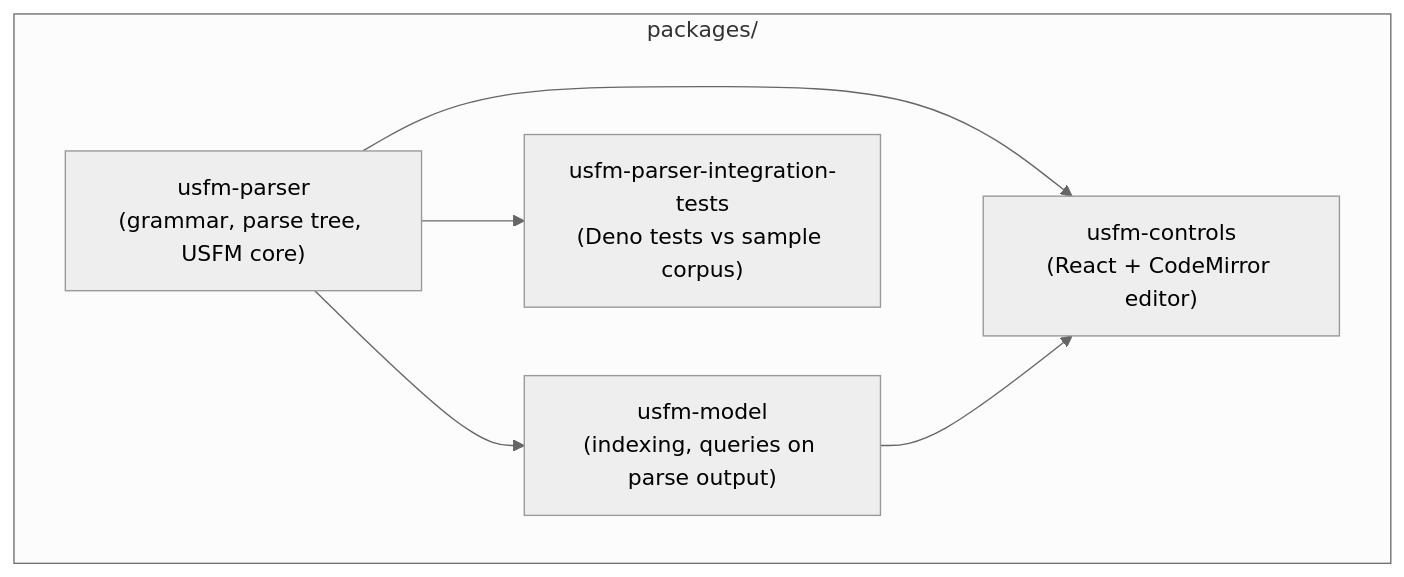
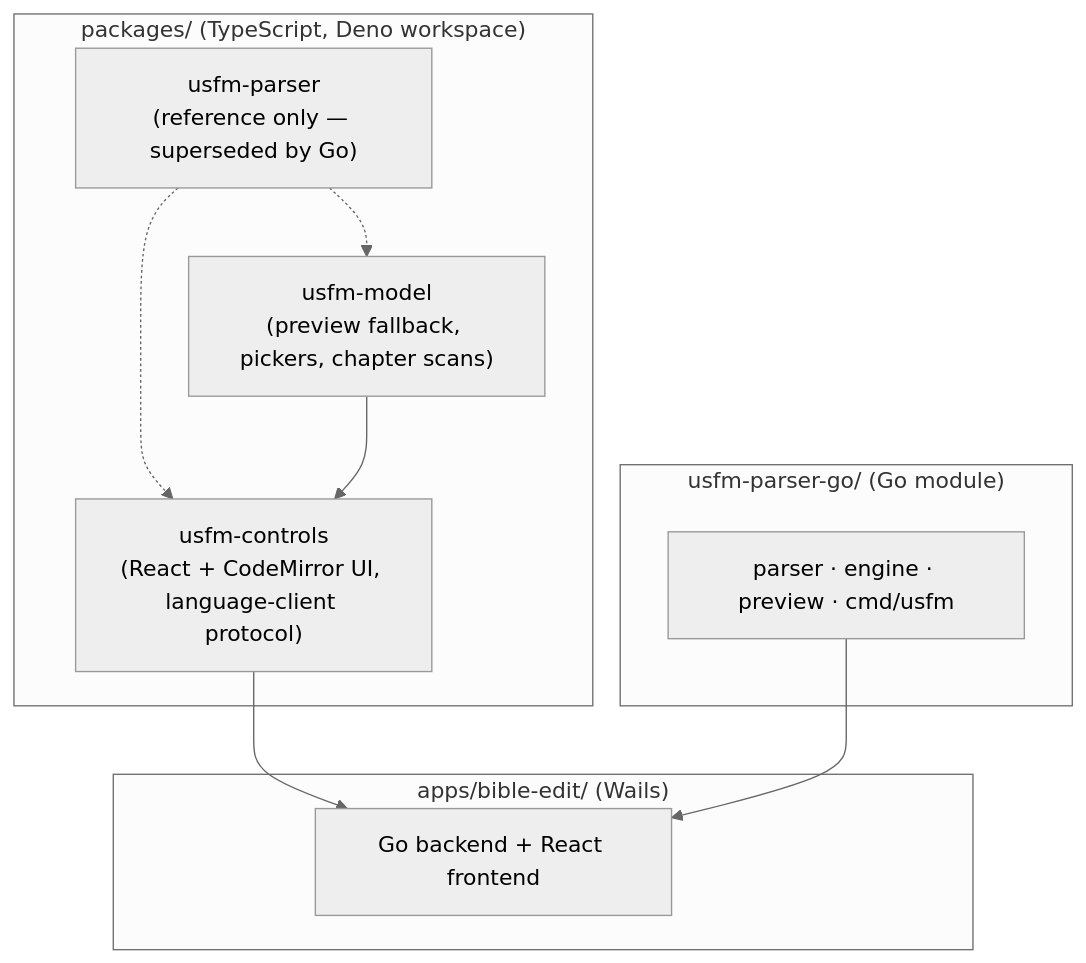
One commit to bencarnes/UsfmTools changed the diagram in README.md. Above: the diagram before and after it, drawn with Mermaid (neutral theme). The commit also changed other lines of this file and 78 other files, not shown here.

````diff
--- a/README.md
+++ b/README.md
@@ -9,13 +13,19 @@
 ```mermaid
 flowchart TB
-  subgraph packages["packages/"]
-    parser["usfm-parser\n(grammar, parse tree, USFM core)"]
-    model["usfm-model\n(indexing, queries on parse output)"]
-    controls["usfm-controls\n(React + CodeMirror editor)"]
-    integ["usfm-parser-integration-tests\n(Deno tests vs sample corpus)"]
+  subgraph packages["packages/ (TypeScript, Deno workspace)"]
+    parser["usfm-parser\n(reference only — superseded by Go)"]
+    model["usfm-model\n(preview fallback, pickers, chapter scans)"]
+    controls["usfm-controls\n(React + CodeMirror UI, language-client protocol)"]
   end
-  parser --> model
-  parser --> controls
+  subgraph go["usfm-parser-go/ (Go module)"]
+    engine["parser · engine · preview · cmd/usfm"]
+  end
+  subgraph app["apps/bible-edit/ (Wails)"]
+    bibleedit["Go backend + React frontend"]
+  end
+  parser -.-> model
+  parser -.-> controls
   model --> controls
-  parser --> integ
+  controls --> bibleedit
+  engine --> bibleedit
 ```
````
